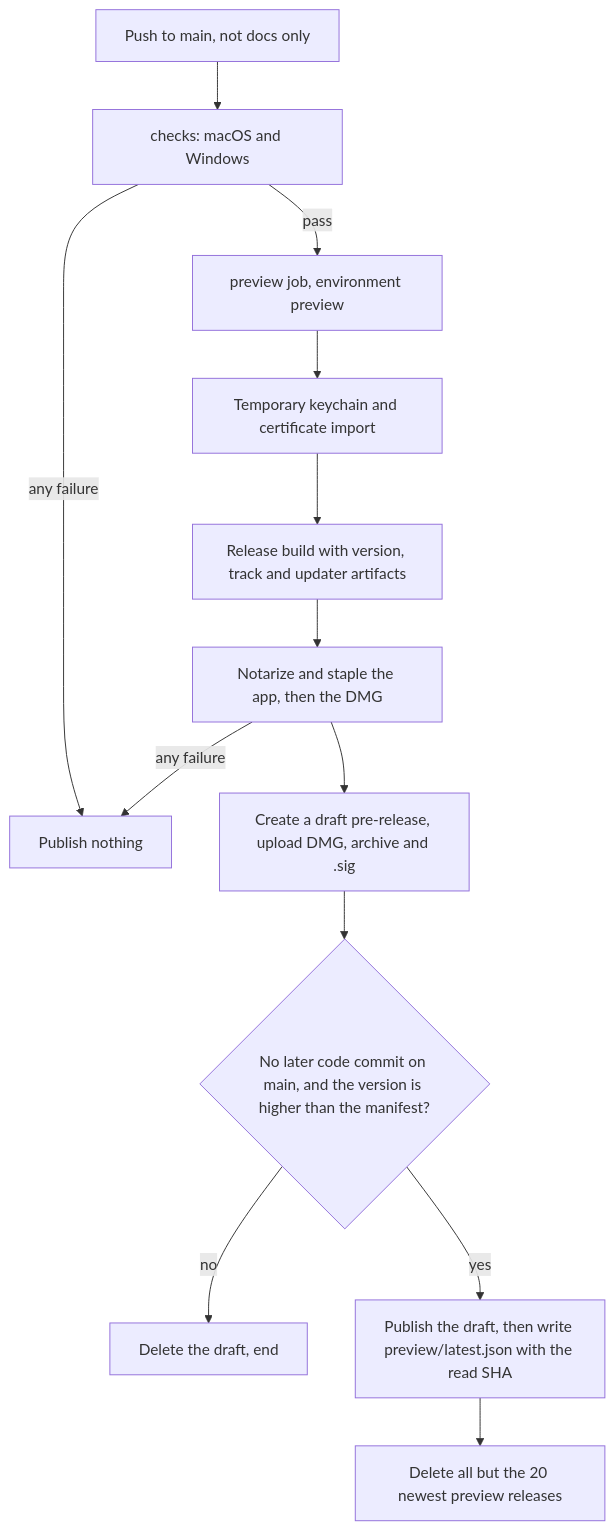
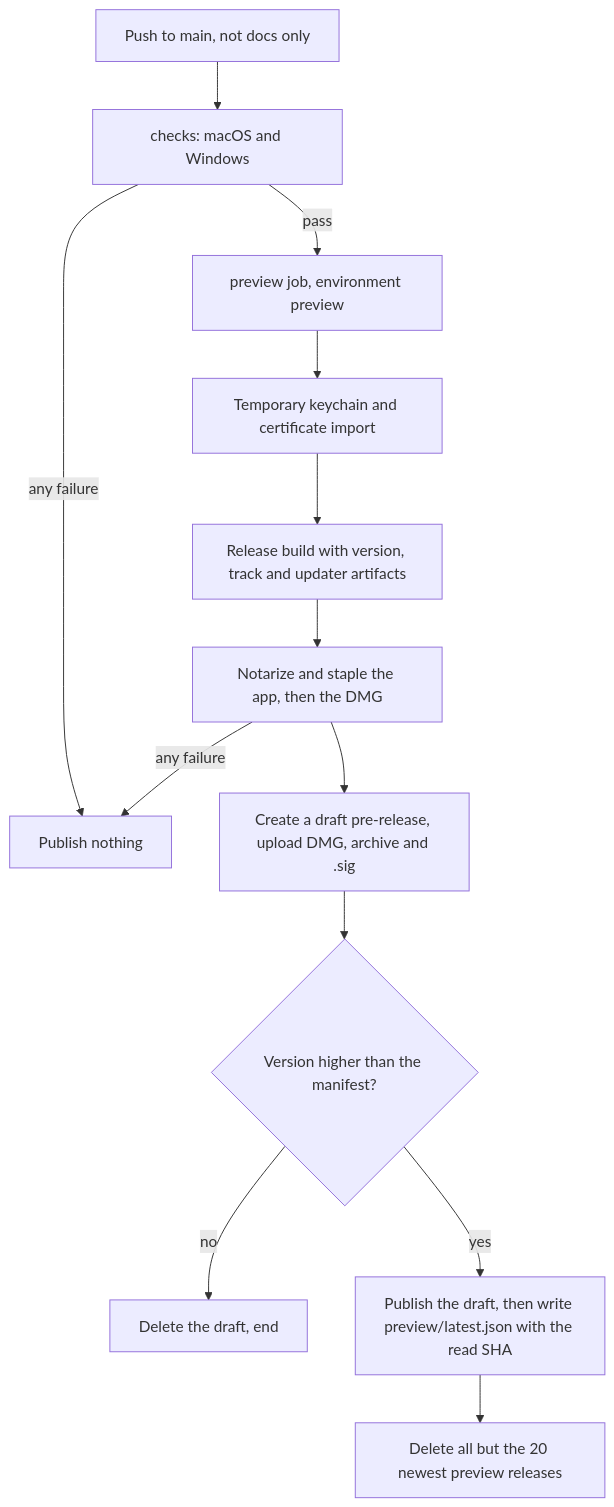
One commit to twistymaze/longhand changed the second of 2 diagrams in docs/plans/2026-09-28-1240-feat-preview-builds-and-updates-plan.md. Above: the diagram before and after it, drawn with Mermaid. The commit also changed other lines of this file and 1 other file, not shown here.

Commit message:
docs: take the preview version from the commit time

````diff
--- a/docs/plans/2026-09-28-1240-feat-preview-builds-and-updates-plan.md
+++ b/docs/plans/2026-09-28-1240-feat-preview-builds-and-updates-plan.md
@@ -214,15 +214,15 @@
 ```mermaid
 flowchart TB
   A[Push to main, not docs only] --> B[checks: macOS and Windows]
   B -->|any failure| X[Publish nothing]
   B -->|pass| C[preview job, environment preview]
   C --> D[Temporary keychain and certificate import]
   D --> E[Release build with version, track and updater artifacts]
   E --> F[Notarize and staple the app, then the DMG]
   F -->|any failure| X
   F --> G[Create a draft pre-release, upload DMG, archive and .sig]
-  G --> H{No later code commit on main, and the version is higher than the manifest?}
+  G --> H{Version higher than the manifest?}
   H -->|no| I[Delete the draft, end]
   H -->|yes| J[Publish the draft, then write preview/latest.json with the read SHA]
   J --> K[Delete all but the 20 newest preview releases]
 ```
````
